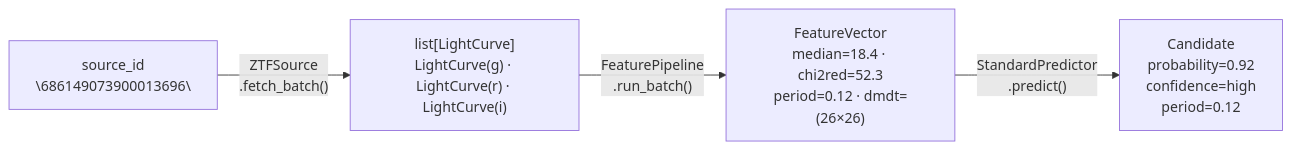
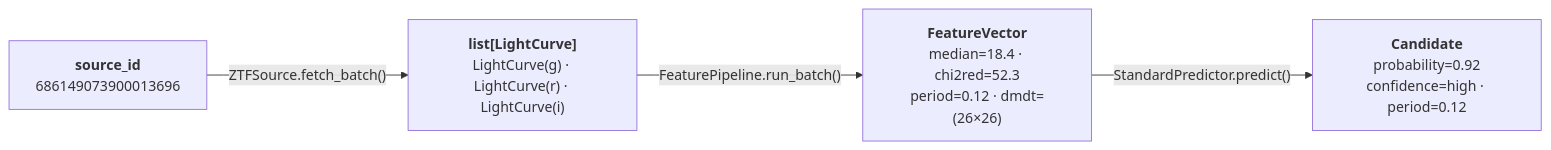
The second of 3 diagrams in docs/architecture/overview.md (ManiacUrgency42/ml4em), drawn with Mermaid before and after one commit. The commit also changed other lines of this file, not shown here.

First line of the commit message:
docs: polish Mermaid diagram node formatting

````diff
--- a/docs/architecture/overview.md
+++ b/docs/architecture/overview.md
@@ -36,11 +41,11 @@
 ```mermaid
 flowchart LR
-    A["source_id\n\"686149073900013696\""]
-    B["list[LightCurve]\nLightCurve(g) · LightCurve(r) · LightCurve(i)"]
-    C["FeatureVector\nmedian=18.4 · chi2red=52.3\nperiod=0.12 · dmdt=(26×26)"]
-    D["Candidate\nprobability=0.92\nconfidence=high\nperiod=0.12"]
+    A["<b>source_id</b><br/>686149073900013696"]
+    B["<b>list[LightCurve]</b><br/>LightCurve(g) · LightCurve(r) · LightCurve(i)"]
+    C["<b>FeatureVector</b><br/>median=18.4 · chi2red=52.3<br/>period=0.12 · dmdt=(26×26)"]
+    D["<b>Candidate</b><br/>probability=0.92<br/>confidence=high · period=0.12"]
 
-    A -->|"ZTFSource\n.fetch_batch()"| B
-    B -->|"FeaturePipeline\n.run_batch()"| C
-    C -->|"StandardPredictor\n.predict()"| D
+    A -->|"ZTFSource.fetch_batch()"| B
+    B -->|"FeaturePipeline.run_batch()"| C
+    C -->|"StandardPredictor.predict()"| D
 ```
````
